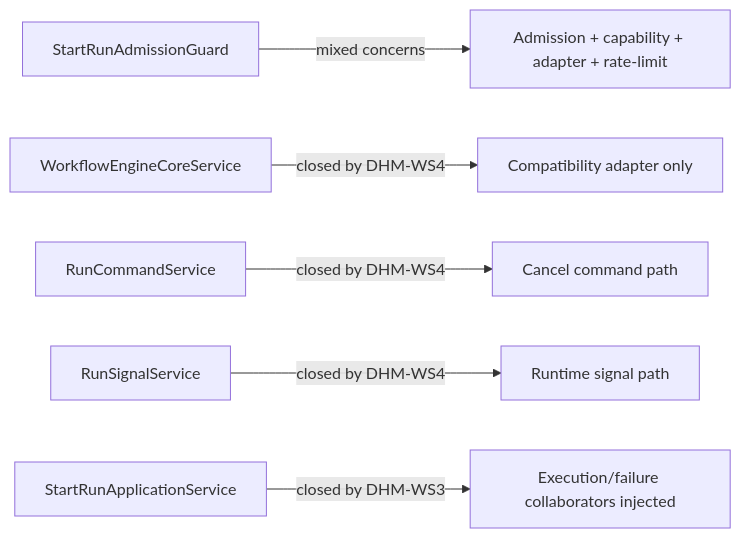
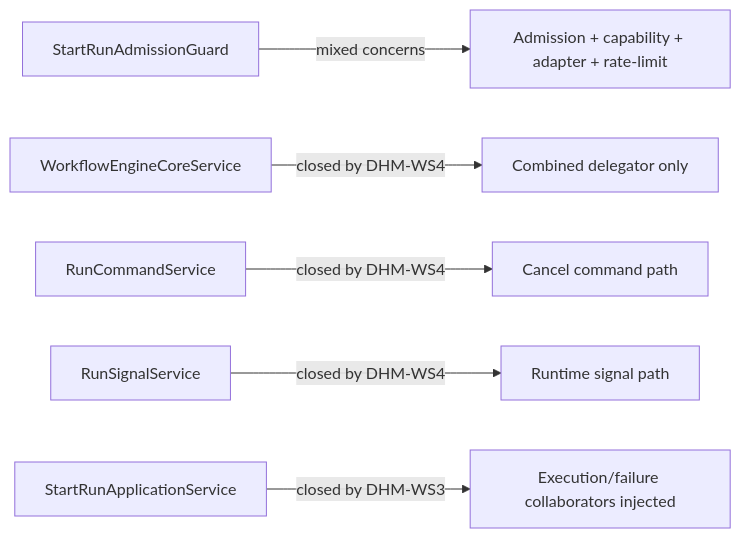
Before and after one commit to dunay2/dvt: the fifth of 5 diagrams in docs/architecture/components/engine/architecture/workflow-engine-subsystem-context.md, drawn with Mermaid. The commit also changed other lines of this file and 20 other files, not shown here.

Commit message:
docs(engine): Hardcut WorkflowEngine canonical map

````diff
--- a/docs/architecture/components/engine/architecture/workflow-engine-subsystem-context.md
+++ b/docs/architecture/components/engine/architecture/workflow-engine-subsystem-context.md
@@ -267,8 +267,8 @@
 ```mermaid
 flowchart LR
   Guard["StartRunAdmissionGuard"] -->|mixed concerns| W2["Admission + capability + adapter + rate-limit"]
-  Core["WorkflowEngineCoreService"] -->|closed by DHM-WS4| W3["Compatibility adapter only"]
+  Core["WorkflowEngineCoreService"] -->|closed by DHM-WS4| W3["Combined delegator only"]
   Command["RunCommandService"] -->|closed by DHM-WS4| W5["Cancel command path"]
   Signal["RunSignalService"] -->|closed by DHM-WS4| W6["Runtime signal path"]
   StartRun["StartRunApplicationService"] -->|closed by DHM-WS3| W4["Execution/failure collaborators injected"]
 ```
````
